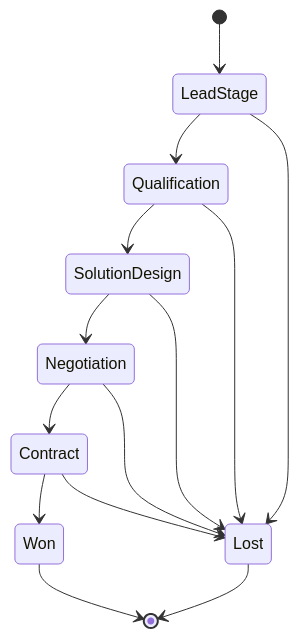
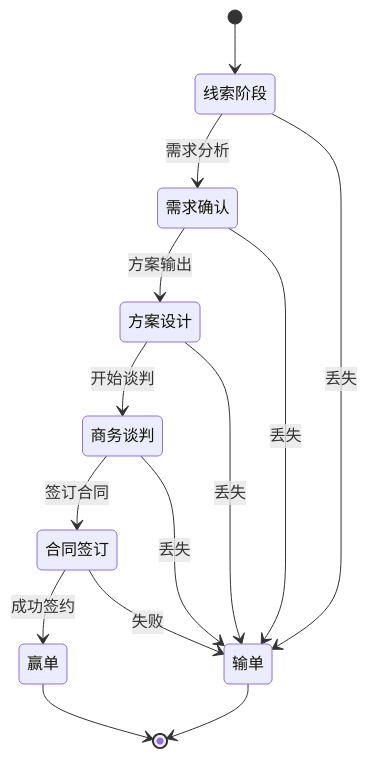
Diagram 21 of 25 in docs/b2b-cdp-entity-design.md (312268112/advanced-java), drawn with Mermaid before and after one commit. The commit also changed other lines of this file, not shown here.

Commit message:
feat: Add B2B CDP entity design specification

````diff
--- a/docs/b2b-cdp-entity-design.md
+++ b/docs/b2b-cdp-entity-design.md
@@ -787,22 +794,22 @@
 ```mermaid
 stateDiagram-v2
-    [*] --> LeadStage
+    [*] --> 线索阶段
     
-    LeadStage --> Qualification
-    LeadStage --> Lost
+    线索阶段 --> 需求确认: 需求分析
+    线索阶段 --> 输单: 丢失
     
-    Qualification --> SolutionDesign
-    Qualification --> Lost
+    需求确认 --> 方案设计: 方案输出
+    需求确认 --> 输单: 丢失
     
-    SolutionDesign --> Negotiation
-    SolutionDesign --> Lost
+    方案设计 --> 商务谈判: 开始谈判
+    方案设计 --> 输单: 丢失
     
-    Negotiation --> Contract
-    Negotiation --> Lost
+    商务谈判 --> 合同签订: 签订合同
+    商务谈判 --> 输单: 丢失
     
-    Contract --> Won
-    Contract --> Lost
+    合同签订 --> 赢单: 成功签约
+    合同签订 --> 输单: 失败
     
-    Won --> [*]
-    Lost --> [*]
+    赢单 --> [*]
+    输单 --> [*]
 ```
````
